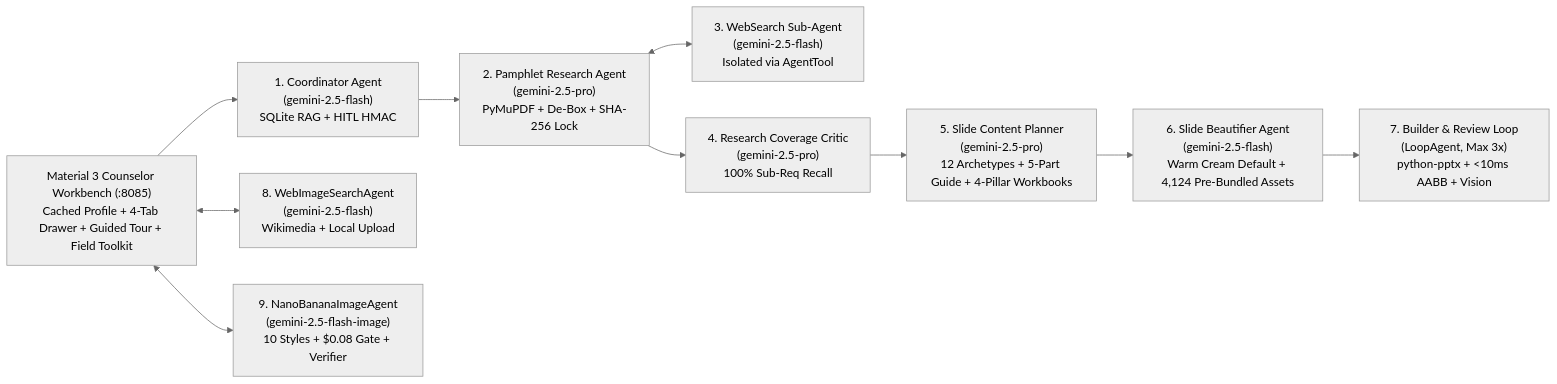
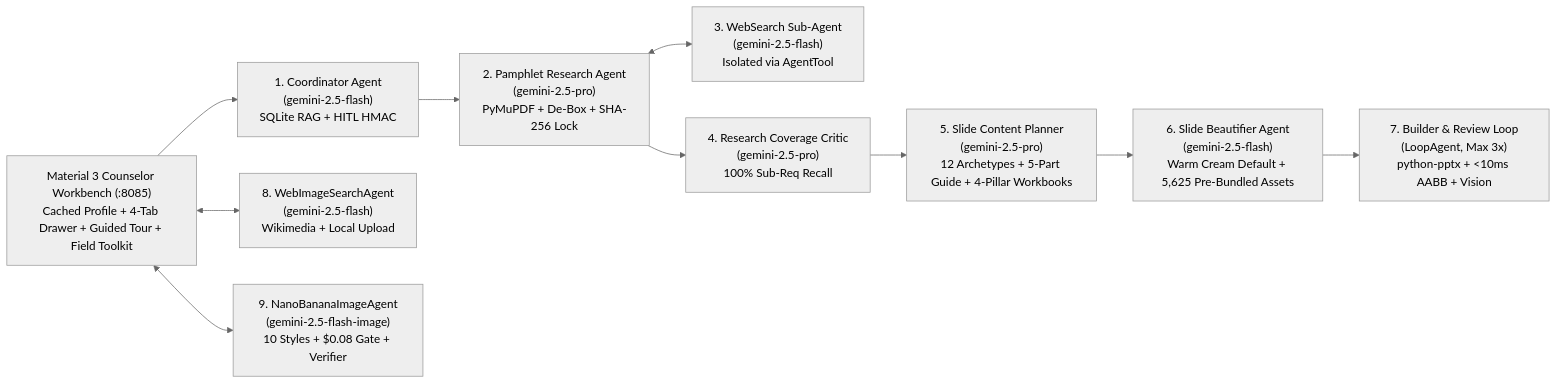
Before and after one commit to clayberg/scouts-bsa-merit-badge-agent: the first of 2 diagrams in docs/TDD.md, drawn with Mermaid (neutral theme). The commit also changed other lines of this file and 250 other files, not shown here.

````diff
--- a/docs/TDD.md
+++ b/docs/TDD.md
@@ -90,12 +90,12 @@
 ```mermaid
 flowchart LR
     UI["Material 3 Counselor Workbench (:8085)\nCached Profile + 4-Tab Drawer + Guided Tour + Field Toolkit"] --> COORD["1. Coordinator Agent\n(gemini-2.5-flash)\nSQLite RAG + HITL HMAC"]
     COORD --> RES["2. Pamphlet Research Agent\n(gemini-2.5-pro)\nPyMuPDF + De-Box + SHA-256 Lock"]
     RES <--> SEARCH["3. WebSearch Sub-Agent\n(gemini-2.5-flash)\nIsolated via AgentTool"]
     RES --> RCRIT["4. Research Coverage Critic\n(gemini-2.5-pro)\n100% Sub-Req Recall"]
     RCRIT --> PLAN["5. Slide Content Planner\n(gemini-2.5-pro)\n12 Archetypes + 5-Part Guide + 4-Pillar Workbooks"]
-    PLAN --> BEAUT["6. Slide Beautifier Agent\n(gemini-2.5-flash)\nWarm Cream Default + 4,124 Pre-Bundled Assets"]
+    PLAN --> BEAUT["6. Slide Beautifier Agent\n(gemini-2.5-flash)\nWarm Cream Default + 5,625 Pre-Bundled Assets"]
     BEAUT --> LOOP["7. Builder & Review Loop\n(LoopAgent, Max 3x)\npython-pptx + <10ms AABB + Vision"]
     UI <--> IMG_WEB["8. WebImageSearchAgent\n(gemini-2.5-flash)\nWikimedia + Local Upload"]
     UI <--> IMG_AI["9. NanoBananaImageAgent\n(gemini-2.5-flash-image)\n10 Styles + $0.08 Gate + Verifier"]
 ```
````
